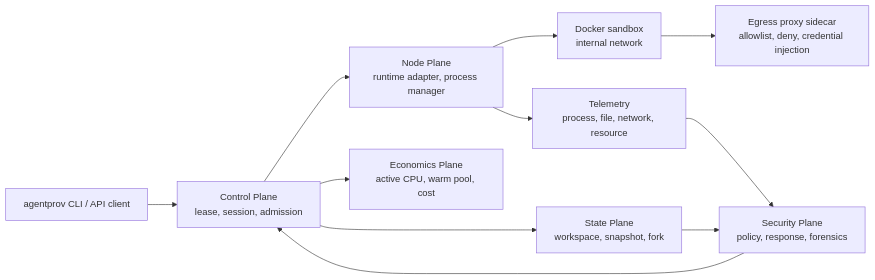
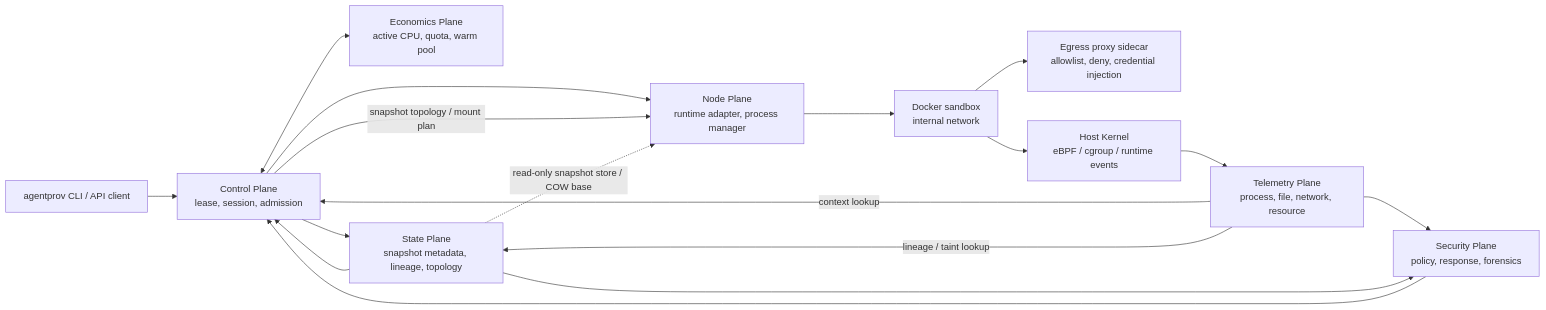
Before and after one commit to ByteYellow/AgentProvenance: the diagram in README.md, drawn with Mermaid. The commit also changed other lines of this file and 15 other files, not shown here.

Commit message:
Add runtime drivers and local resource admission experiment

````diff
--- a/README.md
+++ b/README.md
@@ -163,13 +166,19 @@
 ```mermaid
 flowchart LR
     CLI["agentprov CLI / API client"] --> Control["Control Plane\nlease, session, admission"]
+    Control <--> Economics["Economics Plane\nactive CPU, quota, warm pool"]
+    Control --> State["State Plane\nsnapshot metadata, lineage, topology"]
+    State --> Control
     Control --> Node["Node Plane\nruntime adapter, process manager"]
-    Control --> State["State Plane\nworkspace, snapshot, fork"]
+    Control -->|"snapshot topology / mount plan"| Node
     Node --> Docker["Docker sandbox\ninternal network"]
     Docker --> Egress["Egress proxy sidecar\nallowlist, deny, credential injection"]
-    Node --> Telemetry["Telemetry\nprocess, file, network, resource"]
+    State -.->|"read-only snapshot store / COW base"| Node
+    Docker --> Kernel["Host Kernel\neBPF / cgroup / runtime events"]
+    Kernel --> Telemetry["Telemetry Plane\nprocess, file, network, resource"]
+    Telemetry -->|"context lookup"| Control
+    Telemetry -->|"lineage / taint lookup"| State
     Telemetry --> Security["Security Plane\npolicy, response, forensics"]
     State --> Security
-    Control --> Economics["Economics Plane\nactive CPU, warm pool, cost"]
     Security --> Control
 ```
````
